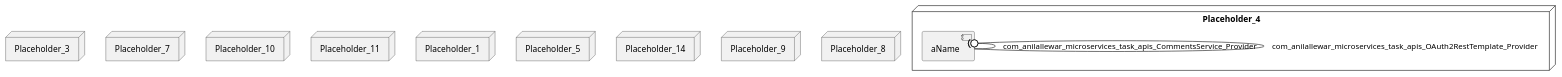
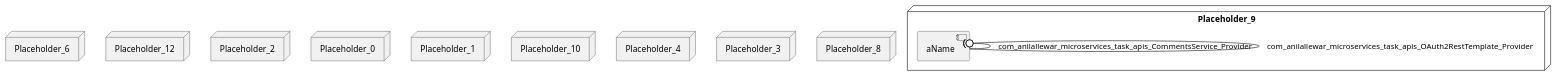
The diagram in anilallewar-microservices-basics-spring-boot/model_re/uml/allocationDiagram.puml (View-Based-Reverse-Engineering/Retriever-Benchmark), drawn with PlantUML before and after one commit. The commit also changed 38 other files, not shown here.

```diff
--- a/anilallewar-microservices-basics-spring-boot/model_re/uml/allocationDiagram.puml
+++ b/anilallewar-microservices-basics-spring-boot/model_re/uml/allocationDiagram.puml
@@ -1,36 +1,36 @@
 @startuml
 skinparam fixCircleLabelOverlapping true
+node Placeholder_9 {
+[aName] [[anilallewar-microservices-basics-spring-boot.system#_WkysULy5Ee6BTJkDzAh3IA]]
+}
+node Placeholder_6 {
+[aName] [[anilallewar-microservices-basics-spring-boot.system#_WkysULy5Ee6BTJkDzAh3IA]]
+}
+node Placeholder_12 {
+[aName] [[anilallewar-microservices-basics-spring-boot.system#_WkysULy5Ee6BTJkDzAh3IA]]
+}
+node Placeholder_2 {
+[aName] [[anilallewar-microservices-basics-spring-boot.system#_WkysULy5Ee6BTJkDzAh3IA]]
+}
+node Placeholder_0 {
+[aName] [[anilallewar-microservices-basics-spring-boot.system#_WkysULy5Ee6BTJkDzAh3IA]]
+}
+node Placeholder_1 {
+[aName] [[anilallewar-microservices-basics-spring-boot.system#_WkysULy5Ee6BTJkDzAh3IA]]
+}
+node Placeholder_10 {
+[aName] [[anilallewar-microservices-basics-spring-boot.system#_WkysULy5Ee6BTJkDzAh3IA]]
+}
 node Placeholder_4 {
-[aName] [[anilallewar-microservices-basics-spring-boot.system#_xYIQkLw4Ee6JN9bSHJ_CbA]]
+[aName] [[anilallewar-microservices-basics-spring-boot.system#_WkysULy5Ee6BTJkDzAh3IA]]
 }
 node Placeholder_3 {
-[aName] [[anilallewar-microservices-basics-spring-boot.system#_xYIQkLw4Ee6JN9bSHJ_CbA]]
-}
-node Placeholder_7 {
-[aName] [[anilallewar-microservices-basics-spring-boot.system#_xYIQkLw4Ee6JN9bSHJ_CbA]]
-}
-node Placeholder_10 {
-[aName] [[anilallewar-microservices-basics-spring-boot.system#_xYIQkLw4Ee6JN9bSHJ_CbA]]
-}
-node Placeholder_11 {
-[aName] [[anilallewar-microservices-basics-spring-boot.system#_xYIQkLw4Ee6JN9bSHJ_CbA]]
-}
-node Placeholder_1 {
-[aName] [[anilallewar-microservices-basics-spring-boot.system#_xYIQkLw4Ee6JN9bSHJ_CbA]]
-}
-node Placeholder_5 {
-[aName] [[anilallewar-microservices-basics-spring-boot.system#_xYIQkLw4Ee6JN9bSHJ_CbA]]
-}
-node Placeholder_14 {
-[aName] [[anilallewar-microservices-basics-spring-boot.system#_xYIQkLw4Ee6JN9bSHJ_CbA]]
-}
-node Placeholder_9 {
-[aName] [[anilallewar-microservices-basics-spring-boot.system#_xYIQkLw4Ee6JN9bSHJ_CbA]]
+[aName] [[anilallewar-microservices-basics-spring-boot.system#_WkysULy5Ee6BTJkDzAh3IA]]
 }
 node Placeholder_8 {
-[aName] [[anilallewar-microservices-basics-spring-boot.system#_xYIQkLw4Ee6JN9bSHJ_CbA]]
+[aName] [[anilallewar-microservices-basics-spring-boot.system#_WkysULy5Ee6BTJkDzAh3IA]]
 }
 [aName] -(0- [aName] : com_anilallewar_microservices_task_apis_CommentsService_Provider
 [aName] -(0- [aName] : com_anilallewar_microservices_task_apis_OAuth2RestTemplate_Provider
 
 @enduml
```
